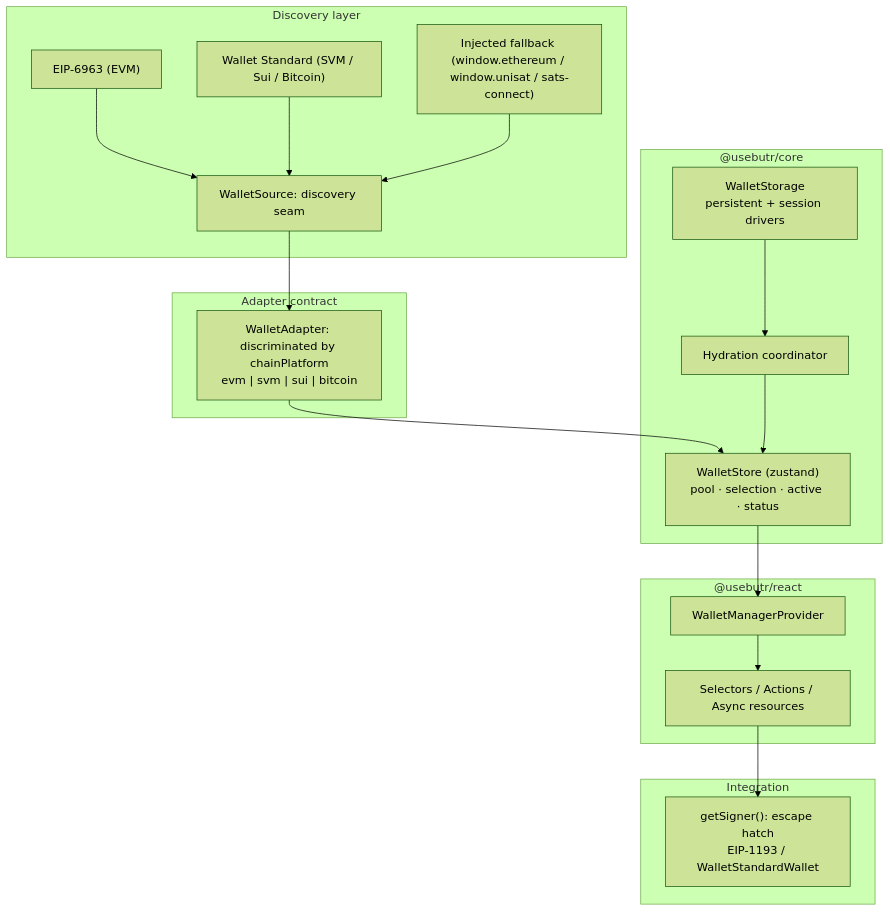
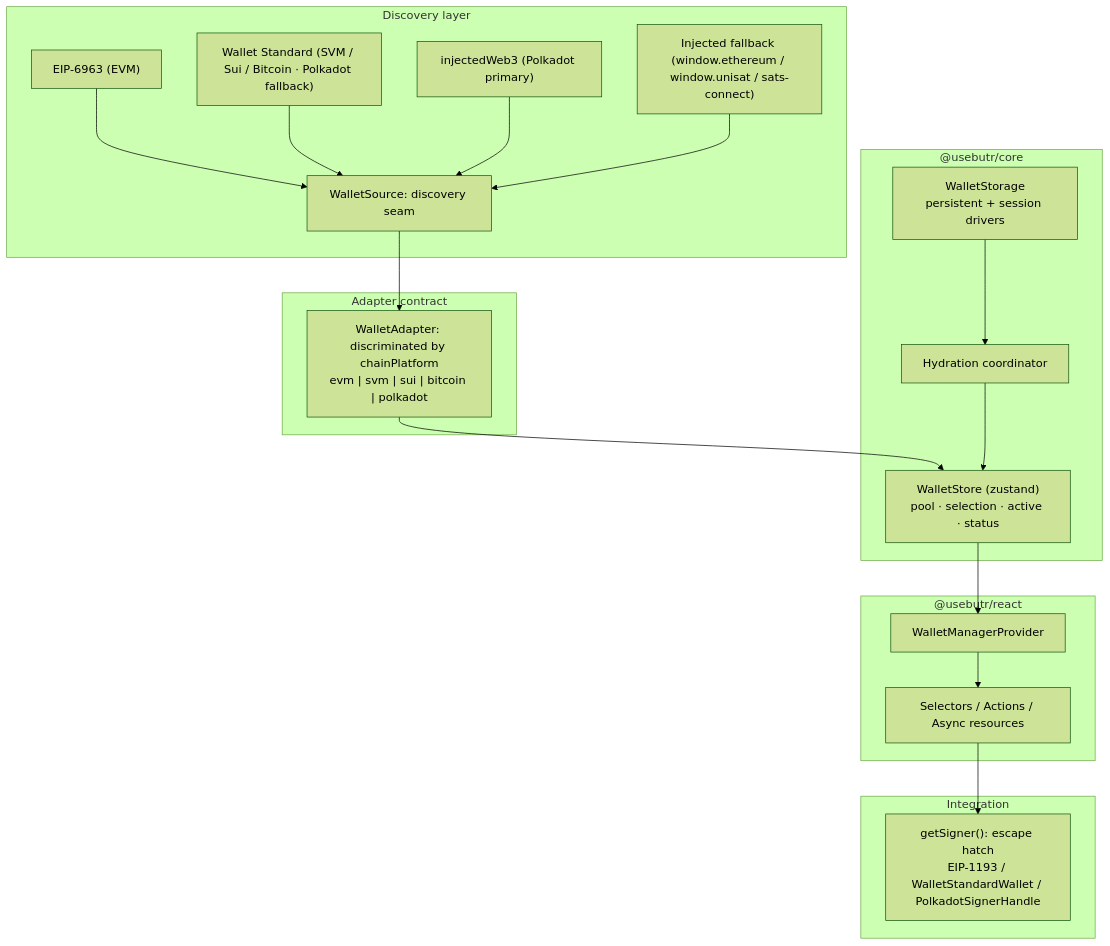
The diagram in apps/docs/content/docs/concepts/architecture.mdx (pedroapfilho/usebutr), drawn with Mermaid (forest theme) before and after one commit. The commit also changed other lines of this file and 3 other files, not shown here.

Commit message:
docs: finish the five-platform correction in architecture and landing pages

````diff
--- a/apps/docs/content/docs/concepts/architecture.mdx
+++ b/apps/docs/content/docs/concepts/architecture.mdx
@@ -12,39 +12,41 @@
 ```mermaid
 graph TD
   subgraph discovery["Discovery layer"]
     eip6963["EIP-6963 (EVM)"]
-    walletstandard["Wallet Standard (SVM / Sui / Bitcoin)"]
+    walletstandard["Wallet Standard (SVM / Sui / Bitcoin · Polkadot fallback)"]
+    injectedweb3["injectedWeb3 (Polkadot primary)"]
     injected["Injected fallback (window.ethereum / window.unisat / sats-connect)"]
     source["WalletSource: discovery seam"]
   end
 
   subgraph adapters["Adapter contract"]
-    adapter["WalletAdapter: discriminated by chainPlatform<br>evm | svm | sui | bitcoin"]
+    adapter["WalletAdapter: discriminated by chainPlatform<br>evm | svm | sui | bitcoin | polkadot"]
   end
 
   subgraph core["@usebutr/core"]
     store["WalletStore (zustand)<br>pool · selection · active · status"]
     storage["WalletStorage<br>persistent + session drivers"]
     hydration["Hydration coordinator"]
   end
 
   subgraph react["@usebutr/react"]
     provider["WalletManagerProvider"]
     hooks["Selectors / Actions / Async resources"]
   end
 
   subgraph integration["Integration"]
-    signer["getSigner(): escape hatch<br>EIP-1193 / WalletStandardWallet"]
+    signer["getSigner(): escape hatch<br>EIP-1193 / WalletStandardWallet / PolkadotSignerHandle"]
   end
 
   eip6963 --> source
   walletstandard --> source
+  injectedweb3 --> source
   injected --> source
   source --> adapter
   adapter --> store
   storage --> hydration
   hydration --> store
   store --> provider
   provider --> hooks
   hooks --> signer
 ```
````
